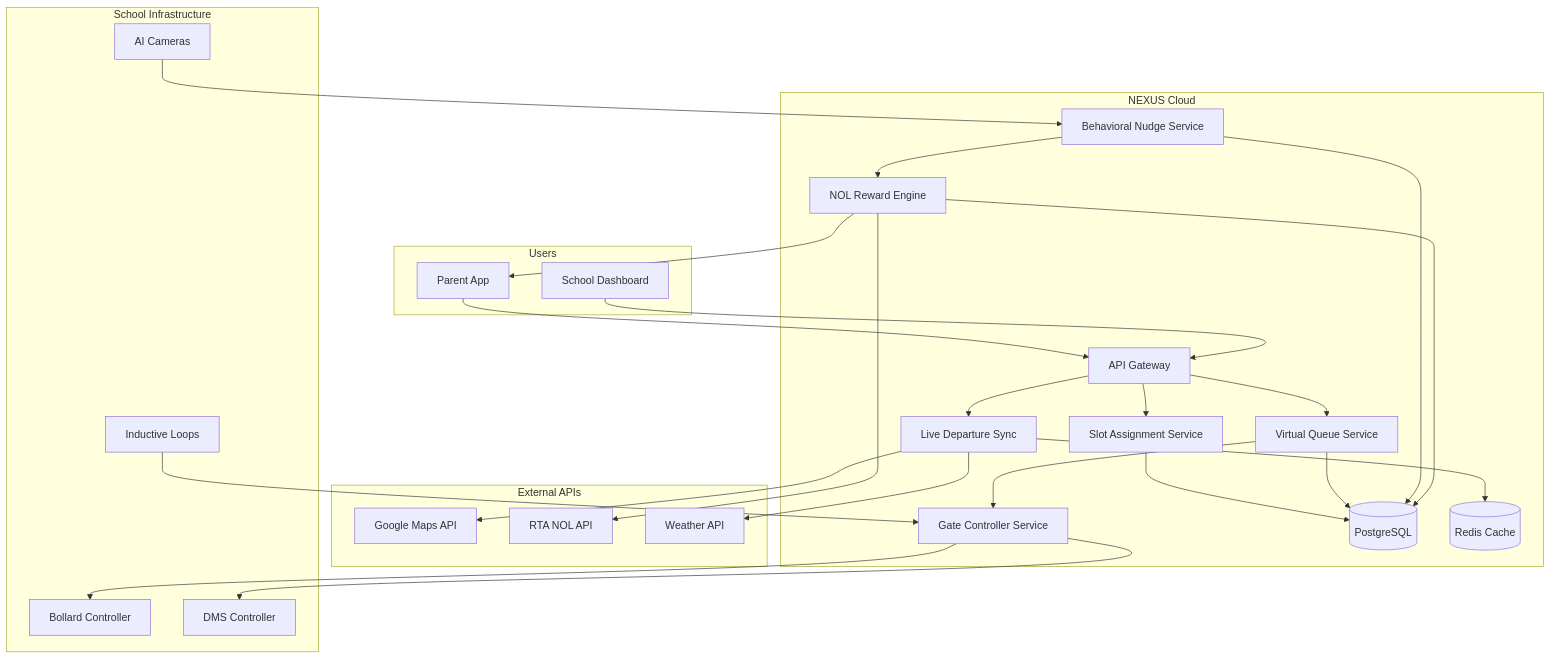
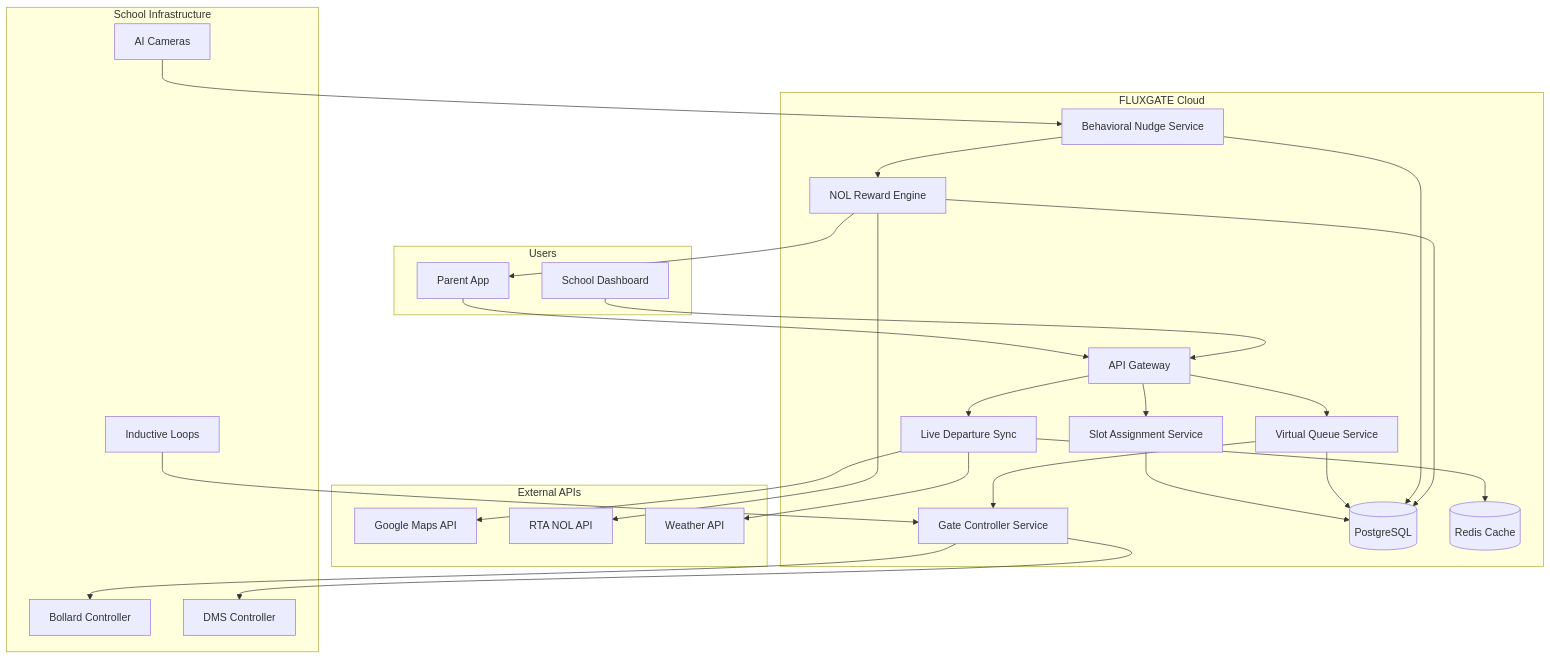
The fourth of 4 diagrams in RTA_NEXUS_Logic.md (HyperionBurn/nexus-command-center), drawn with Mermaid before and after one commit. The commit also changed other lines of this file and 56 other files, not shown here.

Commit message:
Rebrand: NEXUS -> FLUXGATE across entire codebase

````diff
--- a/RTA_NEXUS_Logic.md
+++ b/RTA_NEXUS_Logic.md
@@ -1336,59 +1336,59 @@
 ```mermaid
 flowchart TB
     subgraph External["External APIs"]
         GMAPS[Google Maps API]
         NOL[RTA NOL API]
         WEATHER[Weather API]
     end
     
-    subgraph NEXUS["NEXUS Cloud"]
+    subgraph FLUXGATE["FLUXGATE Cloud"]
         API[API Gateway]
         SAS[Slot Assignment Service]
         LDS[Live Departure Sync]
         VQS[Virtual Queue Service]
         FLGC[Gate Controller Service]
         BNS[Behavioral Nudge Service]
         NRE[NOL Reward Engine]
         DB[(PostgreSQL)]
         CACHE[(Redis Cache)]
     end
     
     subgraph School["School Infrastructure"]
         CAM[AI Cameras]
         LOOP[Inductive Loops]
         BOLLARD[Bollard Controller]
         DMS[DMS Controller]
     end
     
     subgraph Users["Users"]
         APP[Parent App]
         DASH[School Dashboard]
     end
     
     APP --> API
     API --> SAS
     API --> LDS
     API --> VQS
     
     LDS --> GMAPS
     LDS --> WEATHER
     LDS --> CACHE
     
     VQS --> FLGC
     FLGC --> BOLLARD
     FLGC --> DMS
     
     CAM --> BNS
     LOOP --> FLGC
     
     BNS --> NRE
     NRE --> NOL
     NRE --> APP
     
     SAS --> DB
     VQS --> DB
     BNS --> DB
     NRE --> DB
     
     DASH --> API
 ```
````
